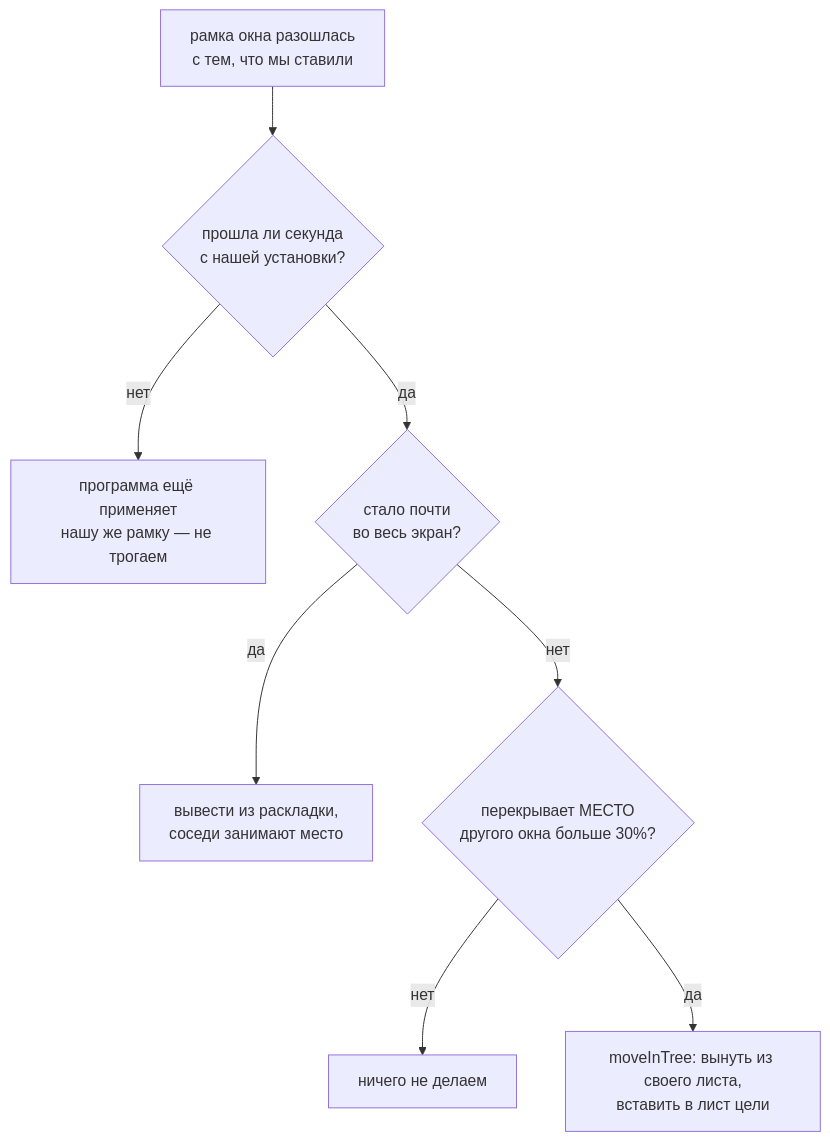
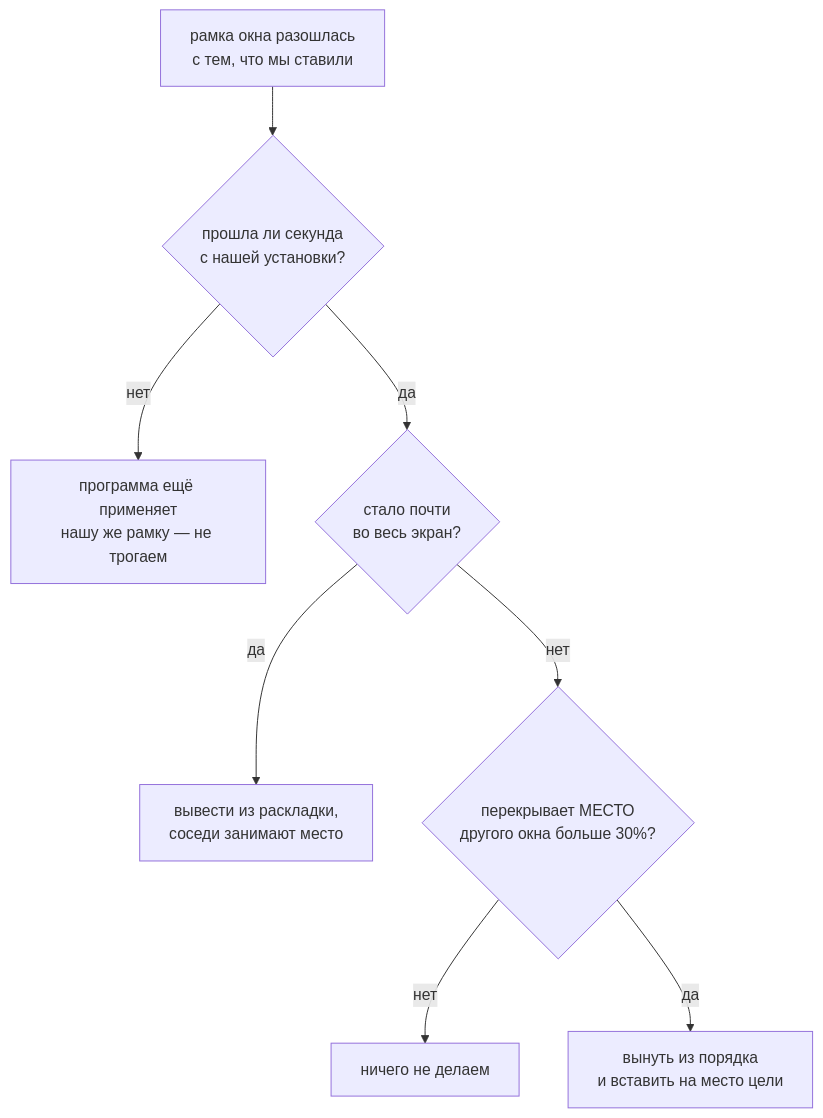
The fourth of 4 diagrams in DESIGN.md (asmithdots-debug/wincycle), drawn with Mermaid before and after one commit. The commit also changed other lines of this file and 2 other files, not shown here.

First line of the commit message:
Restore the pre-tree dwindle spiral (flat list, five-cell cap)

````diff
--- a/DESIGN.md
+++ b/DESIGN.md
@@ -184,10 +183,10 @@
 ```mermaid
 flowchart TD
     A["рамка окна разошлась<br/>с тем, что мы ставили"] --> B{"прошла ли секунда<br/>с нашей установки?"}
     B -- "нет" --> C["программа ещё применяет<br/>нашу же рамку — не трогаем"]
     B -- "да" --> D{"стало почти<br/>во весь экран?"}
     D -- "да" --> E["вывести из раскладки,<br/>соседи занимают место"]
     D -- "нет" --> F{"перекрывает МЕСТО<br/>другого окна больше 30%?"}
     F -- "нет" --> G["ничего не делаем"]
-    F -- "да" --> H["moveInTree: вынуть из своего листа,<br/>вставить в лист цели"]
+    F -- "да" --> H["вынуть из порядка<br/>и вставить на место цели"]
 ```
````
